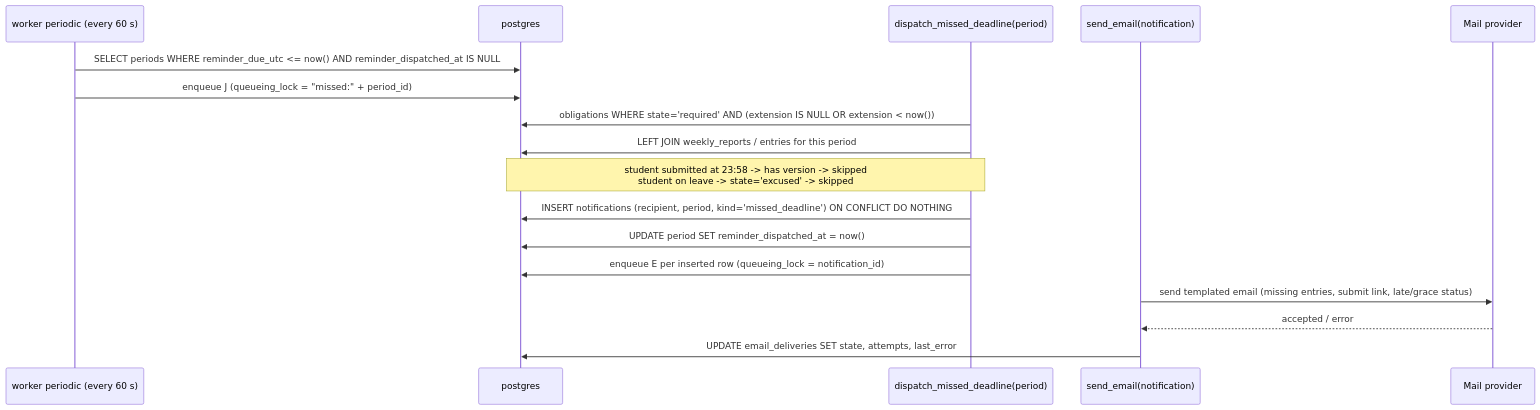
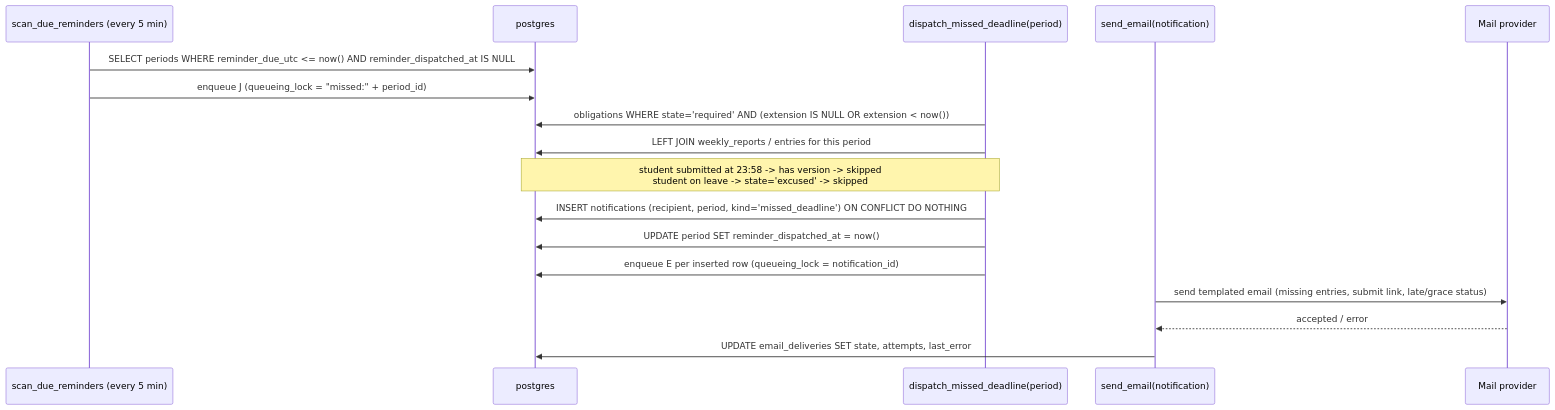
The fourth of 5 diagrams in docs/architecture.md (thanhtrunghuynh93/research_manager), drawn with Mermaid before and after one commit. The commit also changed other lines of this file and 18 other files, not shown here.

````diff
--- a/docs/architecture.md
+++ b/docs/architecture.md
@@ -331,20 +330,20 @@
 ```mermaid
 sequenceDiagram
-    participant W as worker periodic (every 60 s)
+    participant W as scan_due_reminders (every 5 min)
     participant DB as postgres
     participant J as dispatch_missed_deadline(period)
     participant E as send_email(notification)
     participant M as Mail provider
 
     W->>DB: SELECT periods WHERE reminder_due_utc <= now() AND reminder_dispatched_at IS NULL
     W->>DB: enqueue J (queueing_lock = "missed:" + period_id)
     J->>DB: obligations WHERE state='required' AND (extension IS NULL OR extension < now())
     J->>DB: LEFT JOIN weekly_reports / entries for this period
     Note over J,DB: student submitted at 23:58 -> has version -> skipped<br/>student on leave -> state='excused' -> skipped
     J->>DB: INSERT notifications (recipient, period, kind='missed_deadline') ON CONFLICT DO NOTHING
     J->>DB: UPDATE period SET reminder_dispatched_at = now()
     J->>DB: enqueue E per inserted row (queueing_lock = notification_id)
     E->>M: send templated email (missing entries, submit link, late/grace status)
     M-->>E: accepted / error
     E->>DB: UPDATE email_deliveries SET state, attempts, last_error
 ```
````
